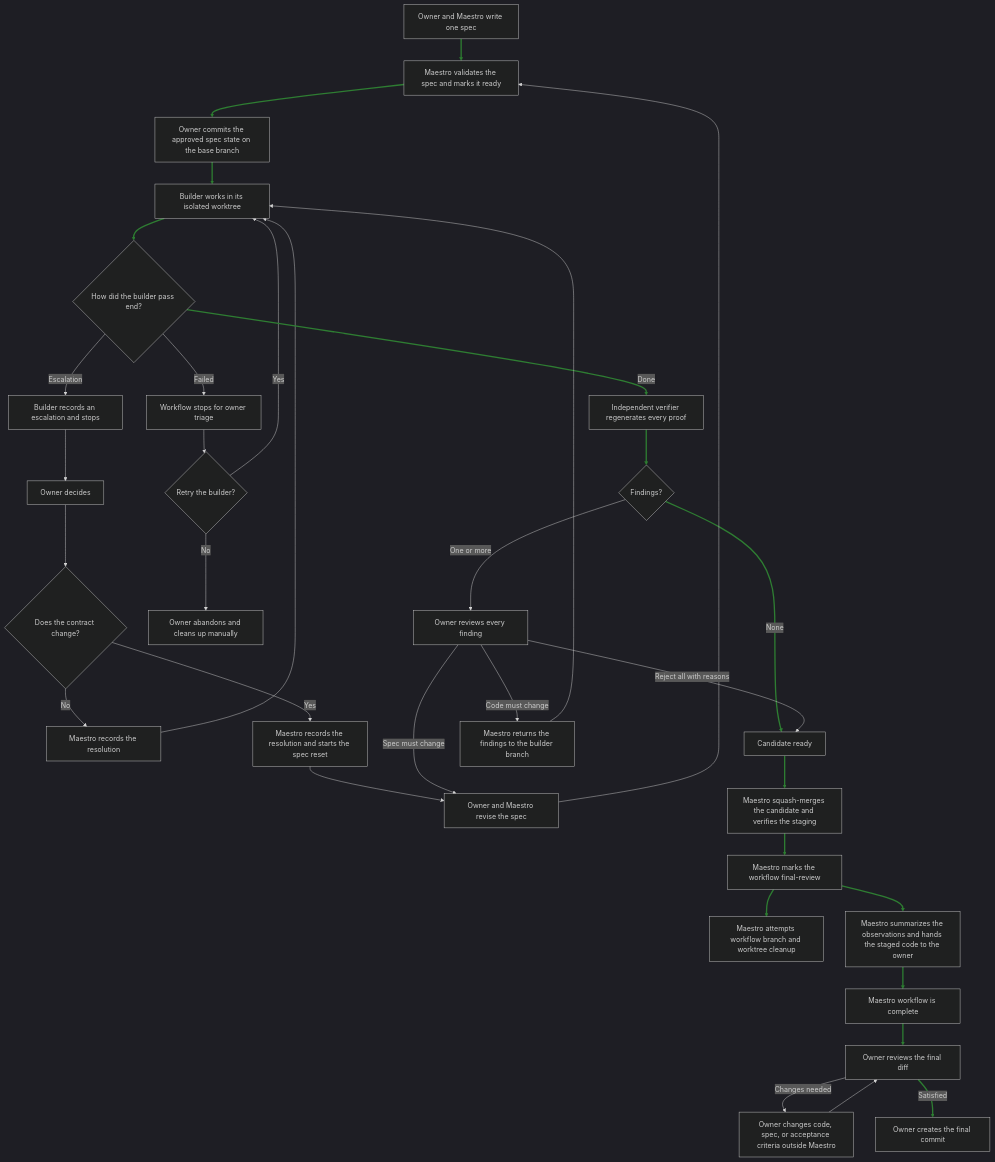
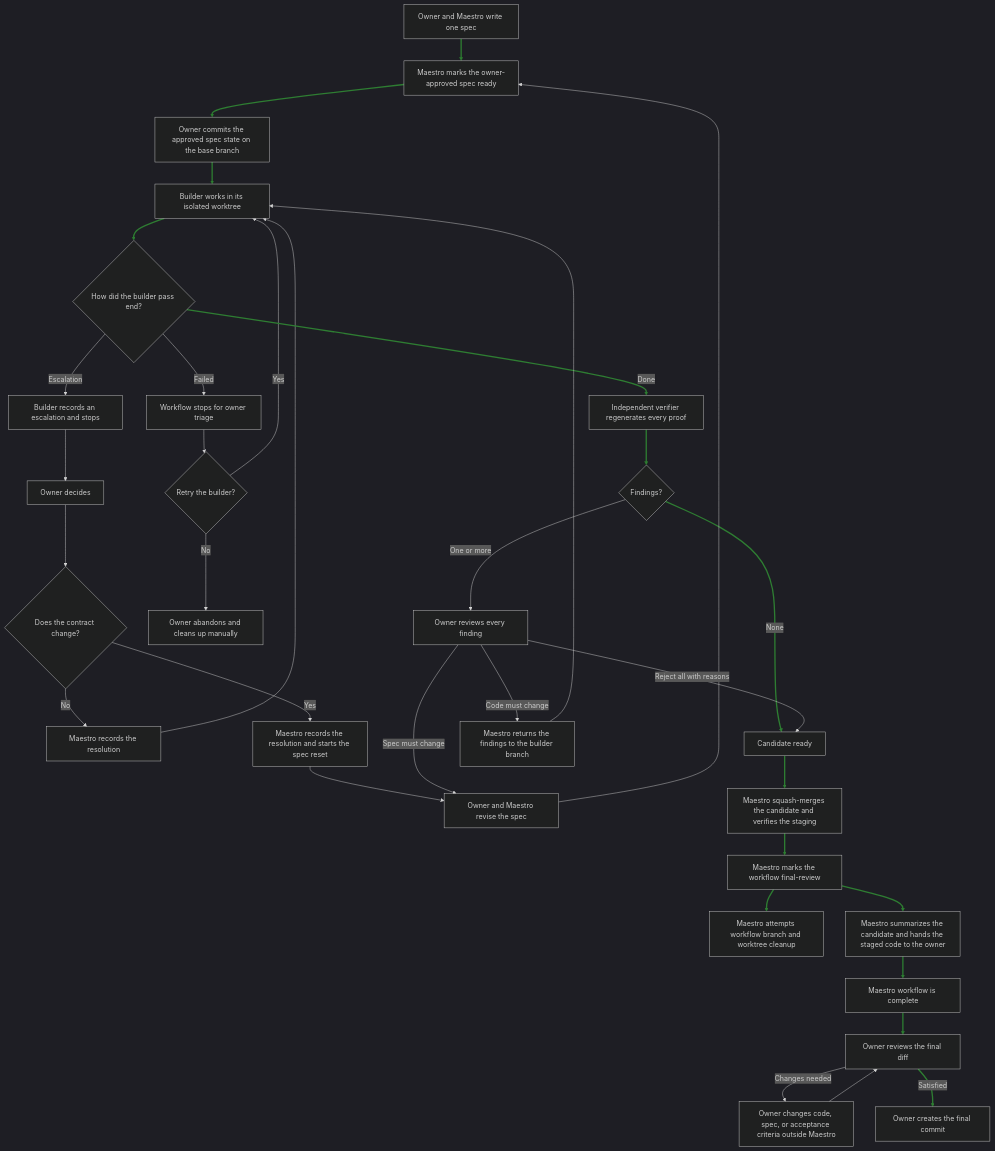
The diagram in plan.md (emilioSp/pi-maestro), drawn with Mermaid (dark theme) before and after one commit. The commit also changed other lines of this file and 28 other files, not shown here.

````diff
--- a/plan.md
+++ b/plan.md
@@ -757,52 +692,52 @@
 ```mermaid
 flowchart TD
     spec[Owner and Maestro write one spec]
-    ready[Maestro validates the spec and marks it ready]
+    ready[Maestro marks the owner-approved spec ready]
     approval[Owner commits the approved spec state on the base branch]
     build[Builder works in its isolated worktree]
     buildOutcome{How did the builder pass end?}
 
     spec --> ready
     ready --> approval
     approval --> build
     build --> buildOutcome
 
     buildOutcome -->|Escalation| escalation[Builder records an escalation and stops]
     escalation --> ownerAnswer[Owner decides]
     ownerAnswer --> escalationOutcome{Does the contract change?}
     escalationOutcome -->|No| recordContinue[Maestro records the resolution]
     recordContinue --> build
     escalationOutcome -->|Yes| recordRevision[Maestro records the resolution and starts the spec reset]
     recordRevision --> reviseSpec
 
     buildOutcome -->|Failed| builderFailed[Workflow stops for owner triage]
     builderFailed --> retryBuilder{Retry the builder?}
     retryBuilder -->|Yes| build
     retryBuilder -->|No| manualAbandon[Owner abandons and cleans up manually]
 
     buildOutcome -->|Done| verify[Independent verifier regenerates every proof]
     verify --> findings{Findings?}
 
     findings -->|None| candidate[Candidate ready]
     findings -->|One or more| ownerFindings[Owner reviews every finding]
 
     ownerFindings -->|Reject all with reasons| candidate
     ownerFindings -->|Code must change| returnBuilder[Maestro returns the findings to the builder branch]
     returnBuilder --> build
 
     ownerFindings -->|Spec must change| reviseSpec[Owner and Maestro revise the spec]
     reviseSpec --> ready
 
     candidate --> staged[Maestro squash-merges the candidate and verifies the staging]
     staged --> finalState[Maestro marks the workflow final-review]
     finalState --> cleanup[Maestro attempts workflow branch and worktree cleanup]
-    finalState --> finalSummary[Maestro summarizes the observations and hands the staged code to the owner]
+    finalState --> finalSummary[Maestro summarizes the candidate and hands the staged code to the owner]
     finalSummary --> workflowDone[Maestro workflow is complete]
     workflowDone --> humanReview[Owner reviews the final diff]
 
     humanReview -->|Changes needed| adjust[Owner changes code, spec, or acceptance criteria outside Maestro]
     adjust --> humanReview
     humanReview -->|Satisfied| finalCommit[Owner creates the final commit]
 
     linkStyle 0,1,2,3,15,16,17,24,25,26,27,28,29,32 stroke:#2e7d32,stroke-width:3px
 ```
````
